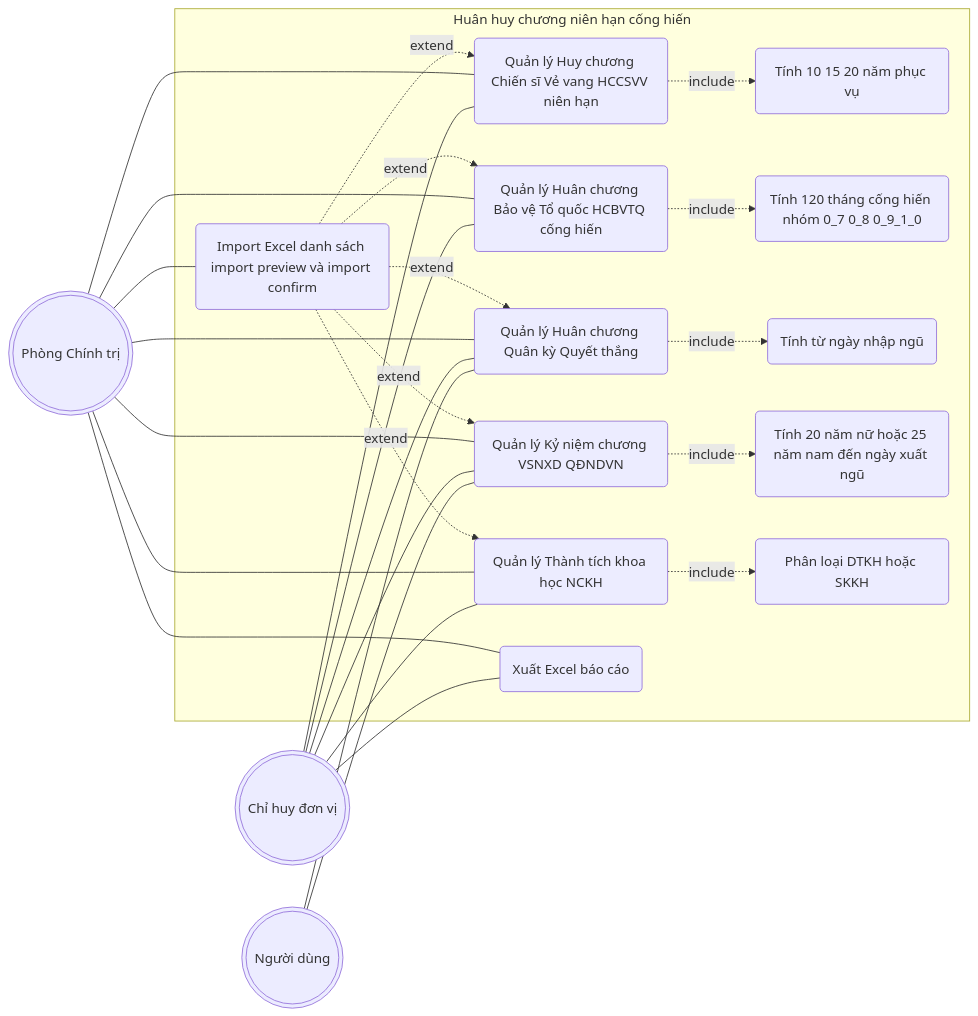
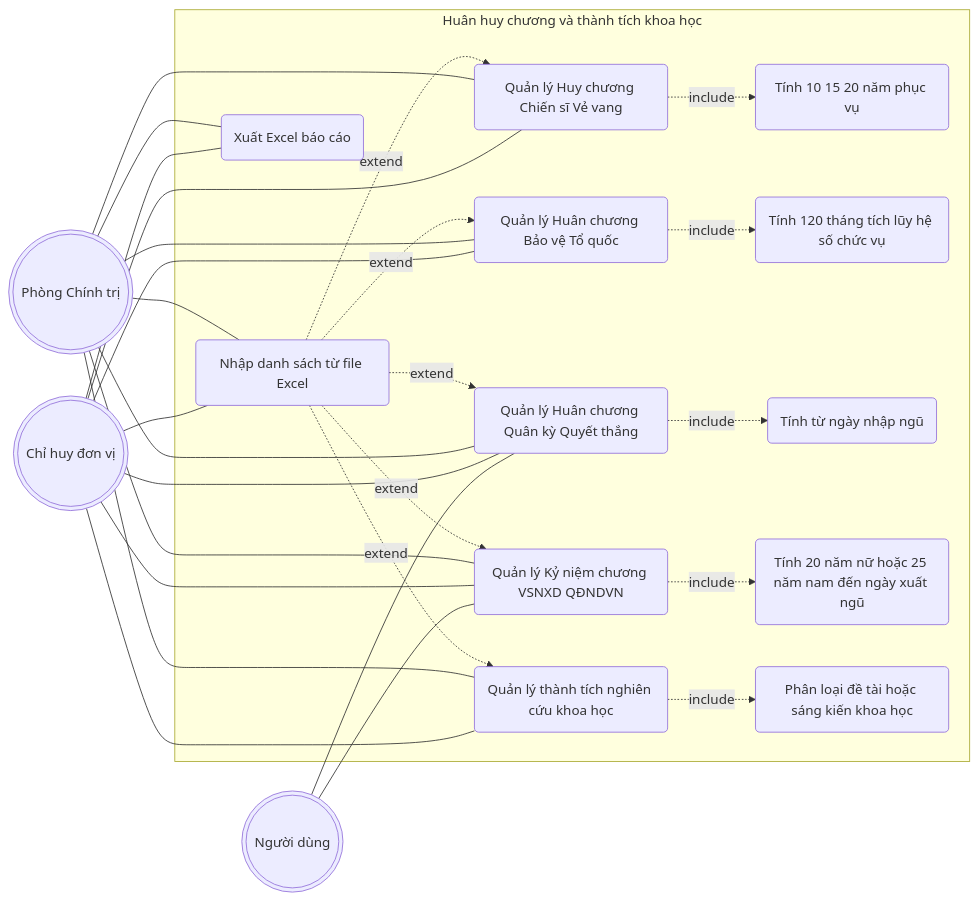
Before and after one commit to tranducbk/DATN_PM_QLKT: the seventh of 15 diagrams in docs/diagrams/01-use-case.md, drawn with Mermaid. The commit also changed other lines of this file and 29 other files, not shown here.

First line of the commit message:
Update CLAUDE.md with additional validation rules and introduce new database schema

````diff
--- a/docs/diagrams/01-use-case.md
+++ b/docs/diagrams/01-use-case.md
@@ -341,45 +335,46 @@
 ```mermaid
 flowchart LR
     AD(((Phòng Chính trị)))
     MG(((Chỉ huy đơn vị)))
     US(((Người dùng)))
 
-    subgraph SYS[Huân huy chương niên hạn cống hiến]
-        UC1(Quản lý Huy chương Chiến sĩ Vẻ vang HCCSVV niên hạn)
-        UC2(Quản lý Huân chương Bảo vệ Tổ quốc HCBVTQ cống hiến)
+    subgraph SYS[Huân huy chương và thành tích khoa học]
+        UC1(Quản lý Huy chương Chiến sĩ Vẻ vang)
+        UC2(Quản lý Huân chương Bảo vệ Tổ quốc)
         UC3(Quản lý Huân chương Quân kỳ Quyết thắng)
         UC4(Quản lý Kỷ niệm chương VSNXD QĐNDVN)
-        UC5(Quản lý Thành tích khoa học NCKH)
-        UC6(Import Excel danh sách import preview và import confirm)
+        UC5(Quản lý thành tích nghiên cứu khoa học)
+        UC6(Nhập danh sách từ file Excel)
         UC7(Xuất Excel báo cáo)
 
         UC1 -.->|include| UC1A(Tính 10 15 20 năm phục vụ)
-        UC2 -.->|include| UC2A(Tính 120 tháng cống hiến nhóm 0_7 0_8 0_9_1_0)
+        UC2 -.->|include| UC2A(Tính 120 tháng tích lũy hệ số chức vụ)
         UC3 -.->|include| UC3A(Tính từ ngày nhập ngũ)
         UC4 -.->|include| UC4A(Tính 20 năm nữ hoặc 25 năm nam đến ngày xuất ngũ)
-        UC5 -.->|include| UC5A(Phân loại DTKH hoặc SKKH)
+        UC5 -.->|include| UC5A(Phân loại đề tài hoặc sáng kiến khoa học)
         UC6 -.->|extend| UC1
         UC6 -.->|extend| UC2
         UC6 -.->|extend| UC3
         UC6 -.->|extend| UC4
         UC6 -.->|extend| UC5
     end
 
     AD --- UC1
     AD --- UC2
     AD --- UC3
     AD --- UC4
     AD --- UC5
     AD --- UC6
     AD --- UC7
 
     MG --- UC1
     MG --- UC2
     MG --- UC3
     MG --- UC4
     MG --- UC5
+    MG --- UC6
     MG --- UC7
 
     US --- UC3
     US --- UC4
 ```
````
